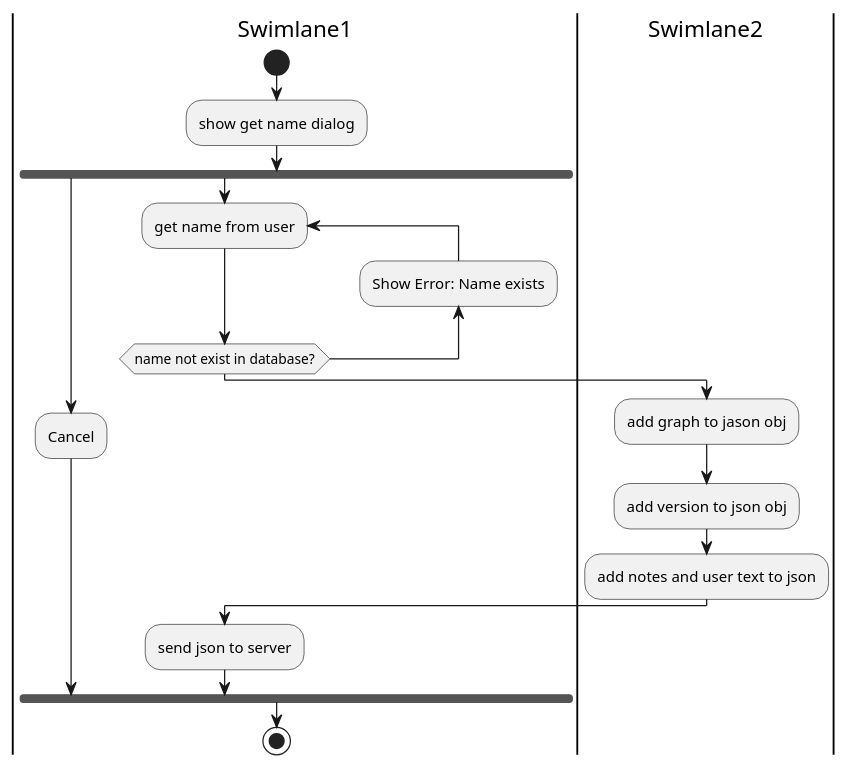
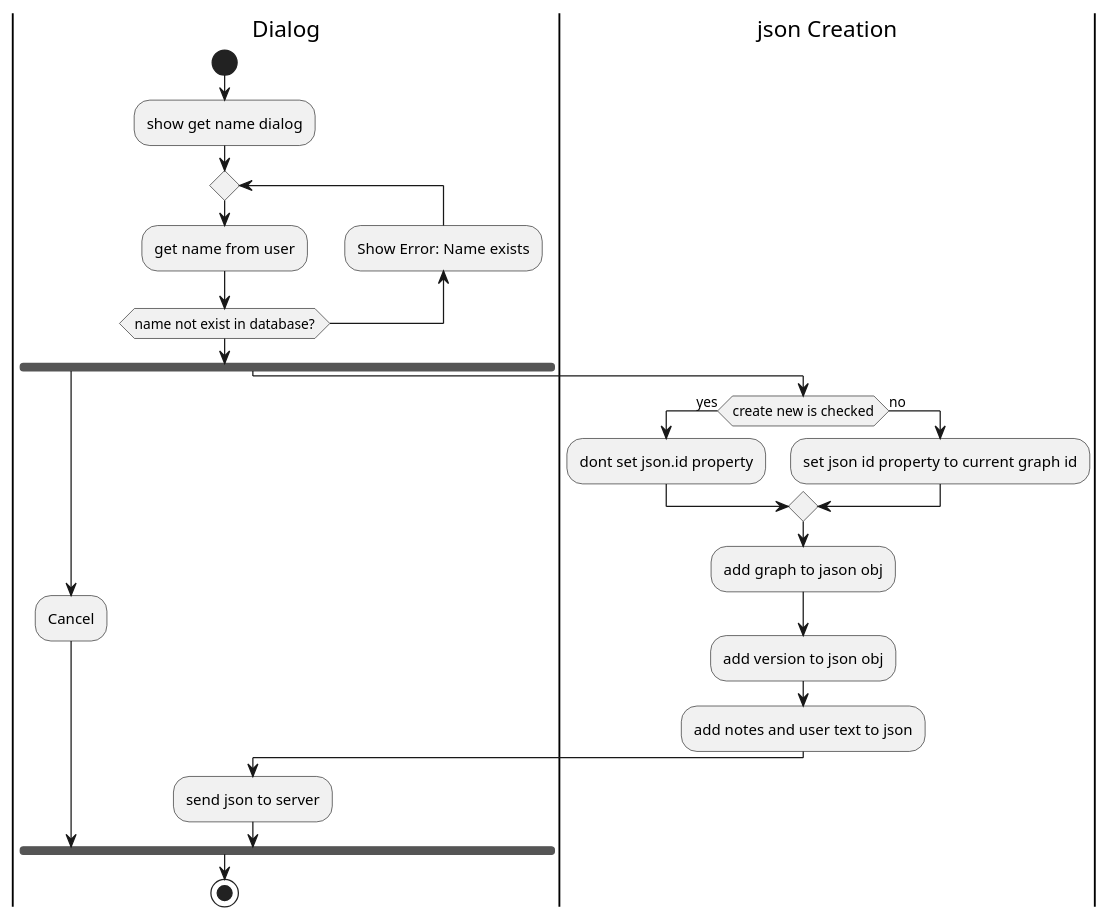
Before and after one commit to textograph/anki-add-on: the diagram in Docs/plantUML/action_save.wsd, drawn with PlantUML. The commit also changed 5 other files, not shown here.

```diff
--- a/Docs/plantUML/action_save.wsd
+++ b/Docs/plantUML/action_save.wsd
@@ -3,34 +3,30 @@
 @startuml
 
-|Swimlane1|
-
+|Dialog|
 start
 
 :show get name dialog;
-
+repeat 
+:get name from user;
+backward:Show Error: Name exists;
+repeat while (name not exist in database?)
 fork
-
 :Cancel;
-
 fork again
 
-repeat :get name from user;
-
-backward:Show Error: Name exists;
-
-repeat while (name not exist in database?)
-
-|Swimlane2|
+|json Creation|
+if (create new is checked) then (yes)
+:dont set json.id property;
+else(no)
+:set json id property to current graph id;
+endif
 :add graph to jason obj;
 :add version to json obj;
 :add notes and user text to json;
-
-|Swimlane1|
-
+|Dialog|
 :send json to server;
-
 end fork
 
 stop
 
 @enduml
```
